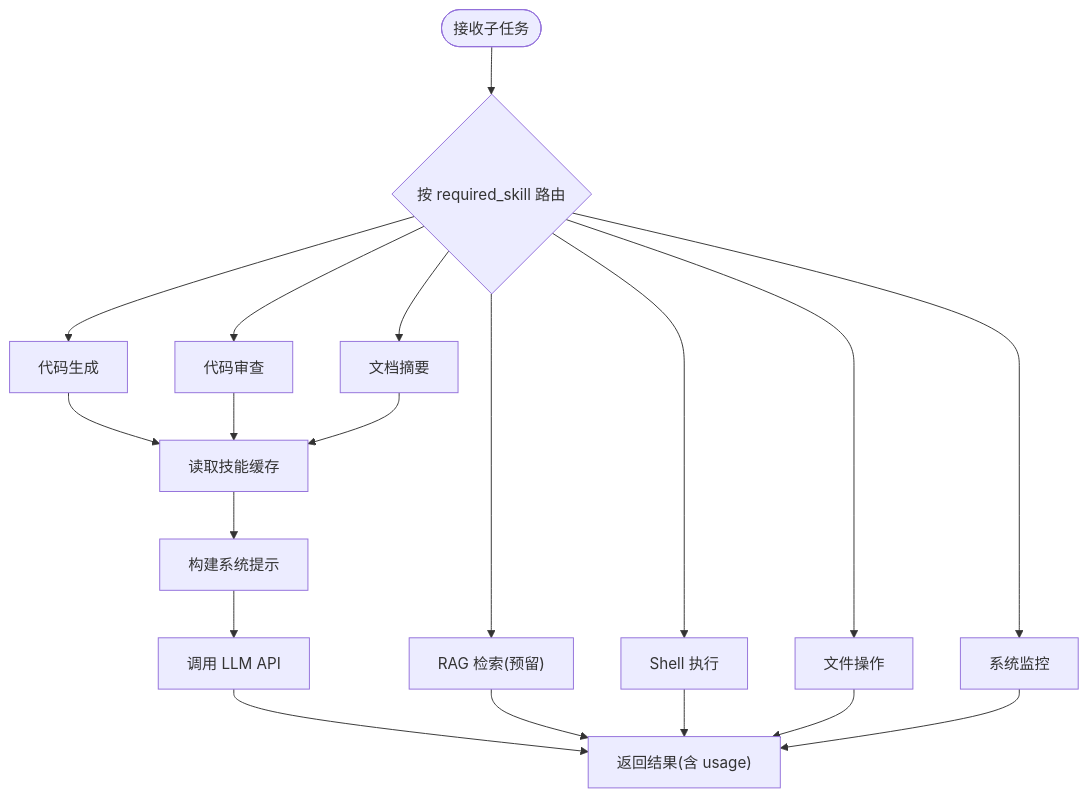
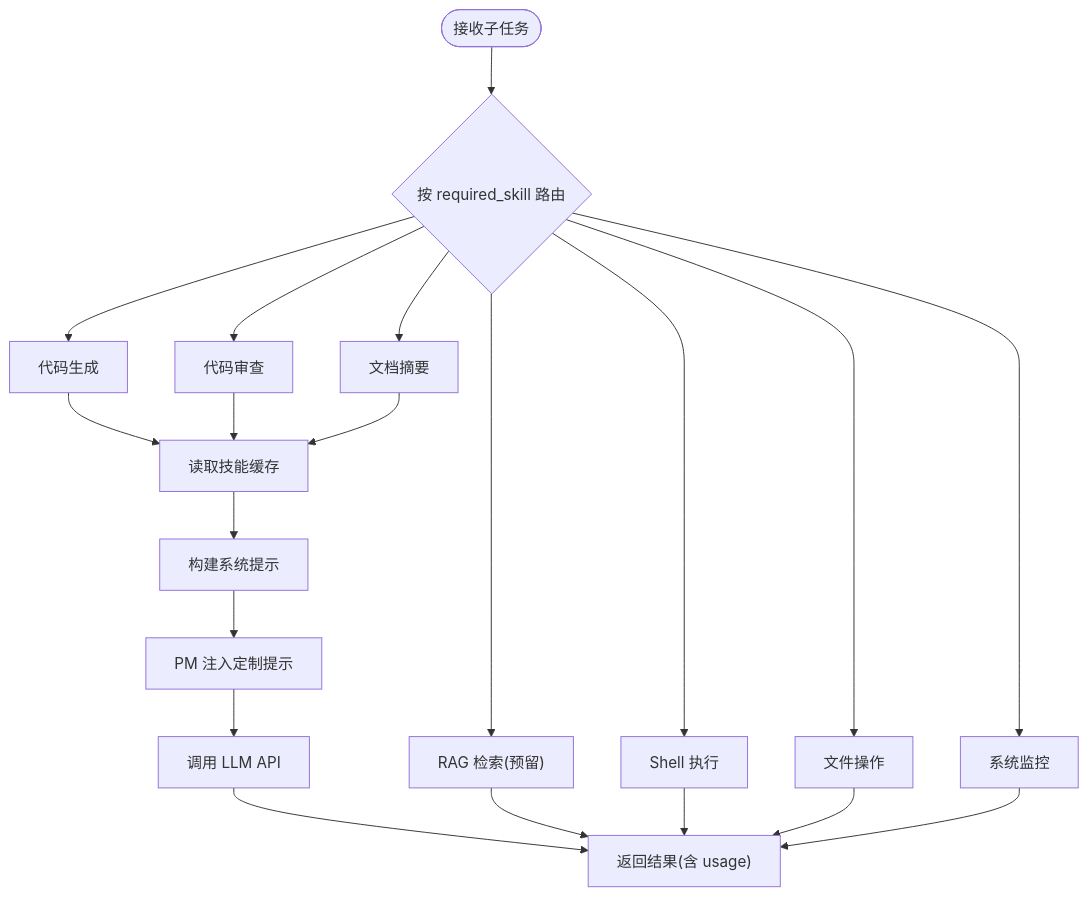
The tenth of 14 diagrams in .qoder/repowiki/zh/content/架构设计/Worker 代理/Worker 代理.md (targalian/Personal-distributed-workstation), drawn with Mermaid before and after one commit. The commit also changed other lines of this file and 60 other files, not shown here.

````diff
--- a/.qoder/repowiki/zh/content/架构设计/Worker 代理/Worker 代理.md
+++ b/.qoder/repowiki/zh/content/架构设计/Worker 代理/Worker 代理.md
@@ -341,21 +563,22 @@
 ```mermaid
 flowchart TD
 Start(["接收子任务"]) --> Route{"按 required_skill 路由"}
 Route --> CG["代码生成"]
 Route --> CR["代码审查"]
 Route --> DS["文档摘要"]
 Route --> RS["RAG 检索(预留)"]
 Route --> SE["Shell 执行"]
 Route --> FO["文件操作"]
 Route --> MON["系统监控"]
 CG --> Cache["读取技能缓存"]
 CR --> Cache
 DS --> Cache
 Cache --> Prompt["构建系统提示"]
-Prompt --> LLM["调用 LLM API"]
+Prompt --> Custom["PM 注入定制提示"]
+Custom --> LLM["调用 LLM API"]
 LLM --> Ret["返回结果(含 usage)"]
 RS --> Ret
 SE --> Ret
 FO --> Ret
 MON --> Ret
 ```
````
